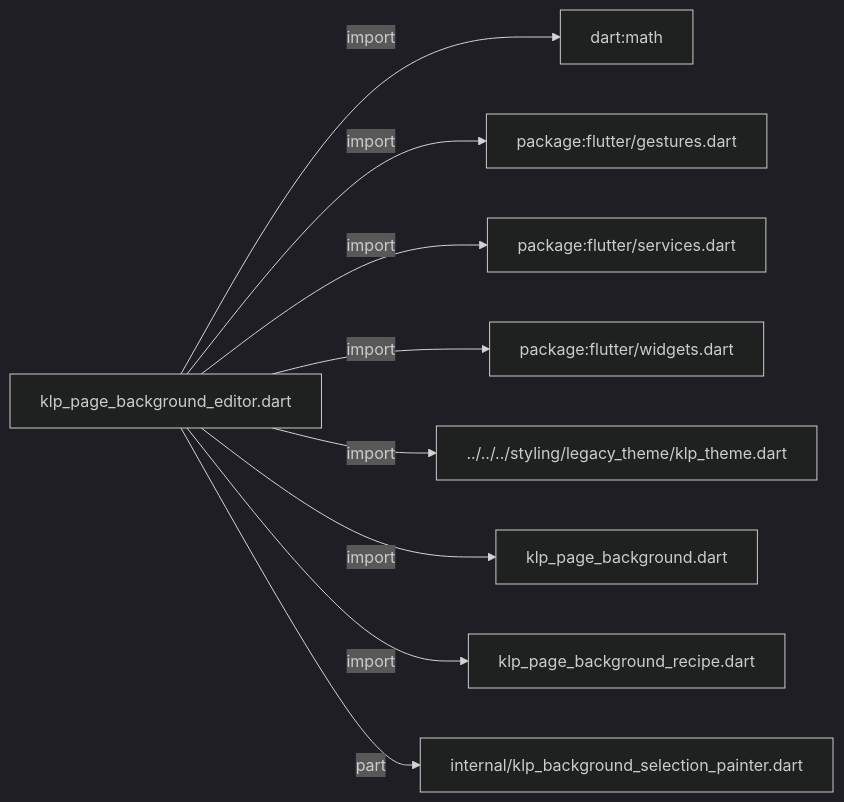
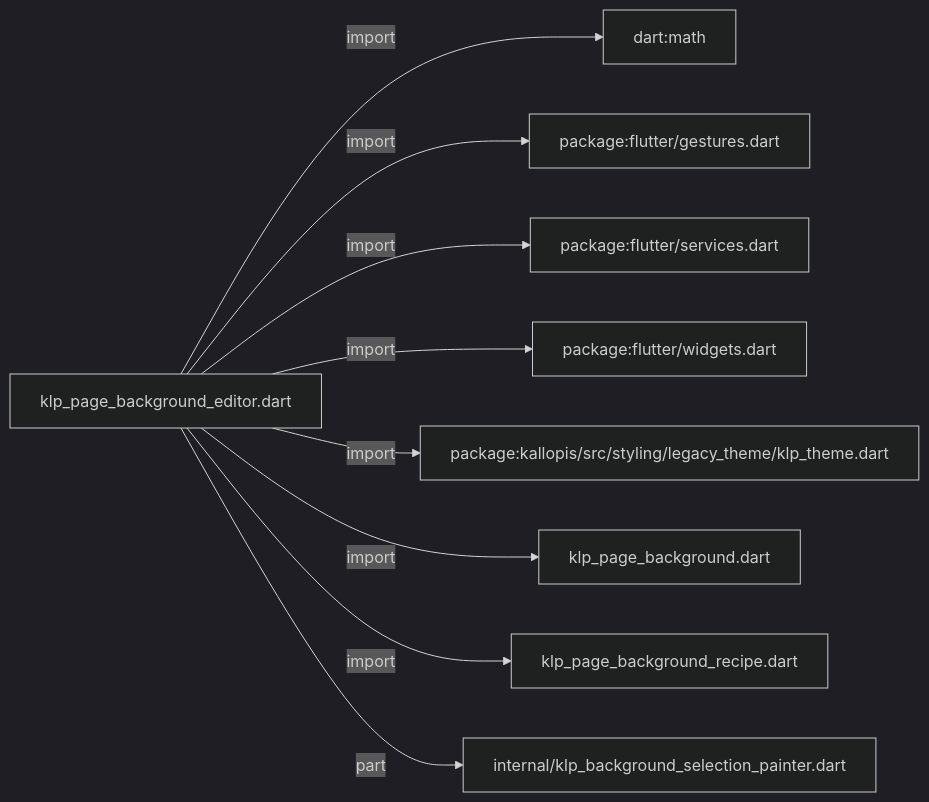
One commit to MiuDog/Kallopis changed the first of 4 diagrams in docs/architecture/src/foundation/surface/page_background/klp_page_background_editor.md. Above: the diagram before and after it, drawn with Mermaid (dark theme). The commit also changed other lines of this file and 9688 other files, not shown here.

Commit message:
Prepare isolated Flow F2 peer baseline

````diff
--- a/docs/architecture/src/foundation/surface/page_background/klp_page_background_editor.md
+++ b/docs/architecture/src/foundation/surface/page_background/klp_page_background_editor.md
@@ -11,20 +11,20 @@
 ```mermaid
 flowchart LR
 	n0["klp_page_background_editor.dart"]
 	n1["dart:math"]
 	n2["package:flutter/gestures.dart"]
 	n3["package:flutter/services.dart"]
 	n4["package:flutter/widgets.dart"]
-	n5["../../../styling/legacy_theme/klp_theme.dart"]
+	n5["package:kallopis/src/styling/legacy_theme/klp_theme.dart"]
 	n6["klp_page_background.dart"]
 	n7["klp_page_background_recipe.dart"]
 	n8["internal/klp_background_selection_painter.dart"]
 	n0 -->|"import"| n1
 	n0 -->|"import"| n2
 	n0 -->|"import"| n3
 	n0 -->|"import"| n4
 	n0 -->|"import"| n5
 	n0 -->|"import"| n6
 	n0 -->|"import"| n7
 	n0 -->|"part"| n8
 ```
````
